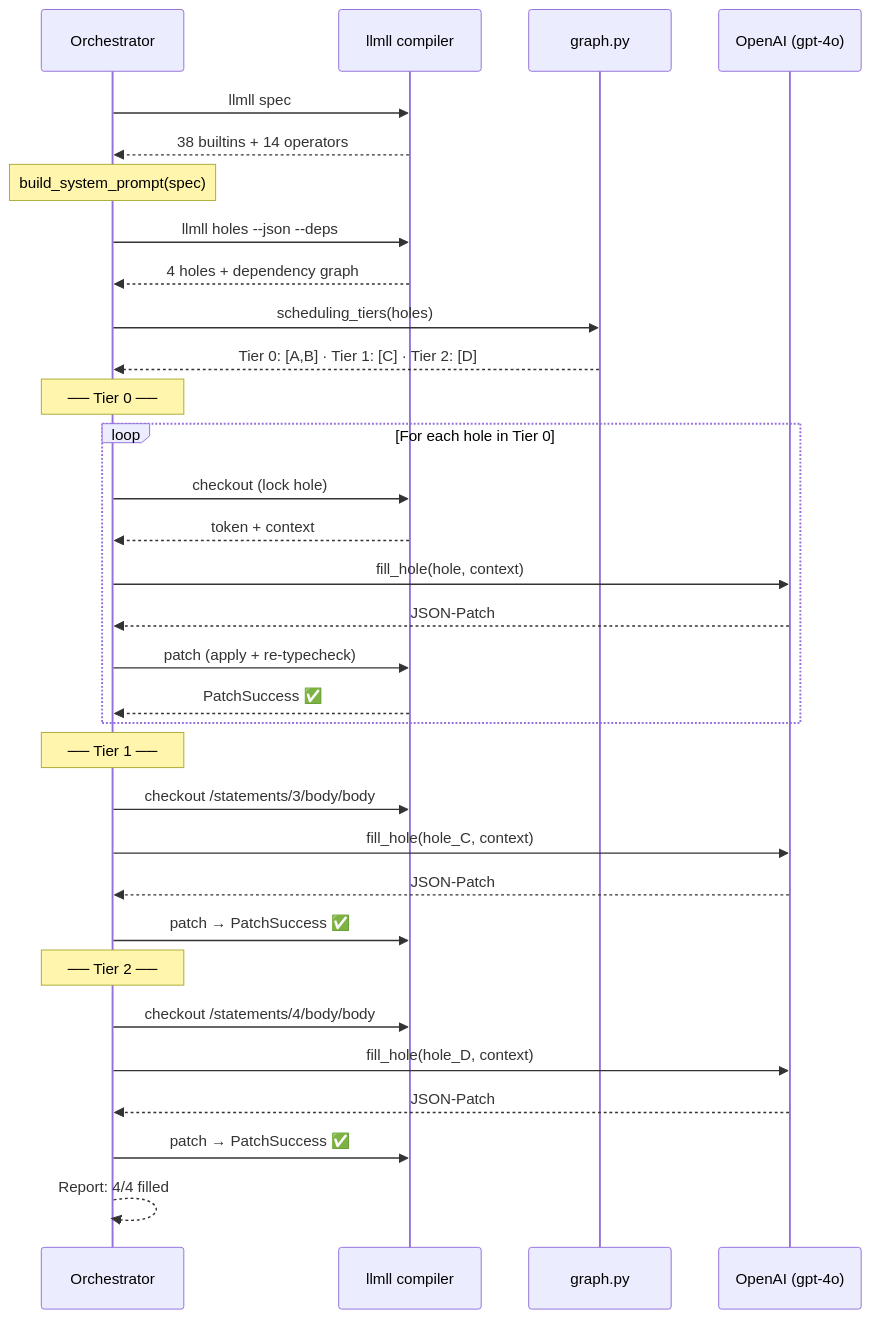
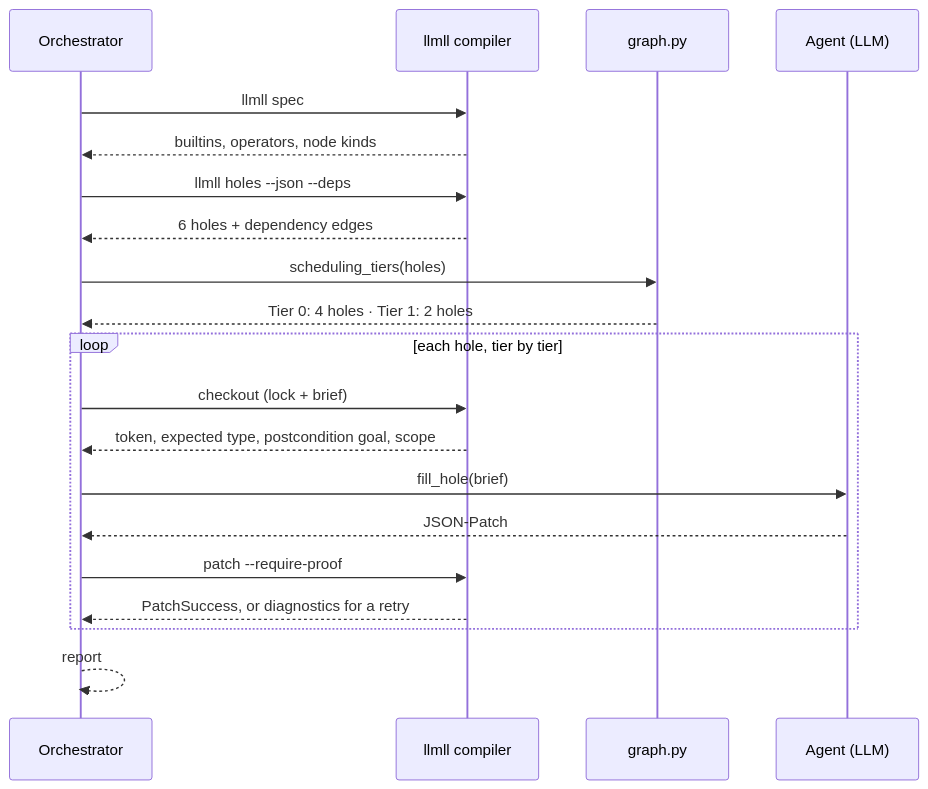
Before and after one commit to machunter/llmll: the second of 2 diagrams in docs/orchestrator-walkthrough.md, drawn with Mermaid. The commit also changed other lines of this file and 19 other files, not shown here.

First line of the commit message:
release: v0.26.10 (auth walkthrough proves its decisions; orchestra typed dry run; roadmap rows)

````diff
--- a/docs/orchestrator-walkthrough.md
+++ b/docs/orchestrator-walkthrough.md
@@ -964,44 +526,25 @@
 ```mermaid
 sequenceDiagram
     participant O as Orchestrator
     participant C as llmll compiler
     participant G as graph.py
-    participant A as OpenAI (gpt-4o)
+    participant A as Agent (LLM)
 
     O->>C: llmll spec
-    C-->>O: 38 builtins + 14 operators
-    Note over O: build_system_prompt(spec)
+    C-->>O: builtins, operators, node kinds
+    O->>C: llmll holes --json --deps
+    C-->>O: 6 holes + dependency edges
+    O->>G: scheduling_tiers(holes)
+    G-->>O: Tier 0: 4 holes · Tier 1: 2 holes
 
-    O->>C: llmll holes --json --deps
-    C-->>O: 4 holes + dependency graph
-
-    O->>G: scheduling_tiers(holes)
-    G-->>O: Tier 0: [A,B] · Tier 1: [C] · Tier 2: [D]
-
-    Note over O: ── Tier 0 ──
-
-    loop For each hole in Tier 0
-        O->>C: checkout (lock hole)
-        C-->>O: token + context
-        O->>A: fill_hole(hole, context)
+    loop each hole, tier by tier
+        O->>C: checkout (lock + brief)
+        C-->>O: token, expected type, postcondition goal, scope
+        O->>A: fill_hole(brief)
         A-->>O: JSON-Patch
-        O->>C: patch (apply + re-typecheck)
-        C-->>O: PatchSuccess ✅
+        O->>C: patch --require-proof
+        C-->>O: PatchSuccess, or diagnostics for a retry
     end
 
-    Note over O: ── Tier 1 ──
-
-    O->>C: checkout /statements/3/body/body
-    O->>A: fill_hole(hole_C, context)
-    A-->>O: JSON-Patch
-    O->>C: patch → PatchSuccess ✅
-
-    Note over O: ── Tier 2 ──
-
-    O->>C: checkout /statements/4/body/body
-    O->>A: fill_hole(hole_D, context)
-    A-->>O: JSON-Patch
-    O->>C: patch → PatchSuccess ✅
-
-    O-->>O: Report: 4/4 filled
+    O-->>O: report
 ```
````
